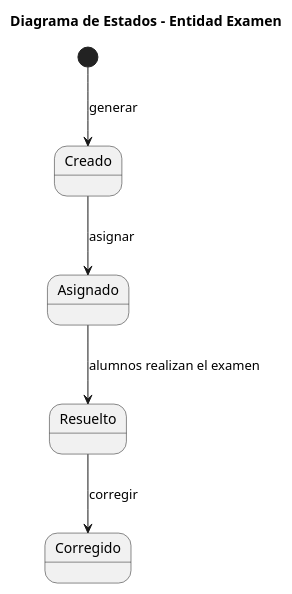
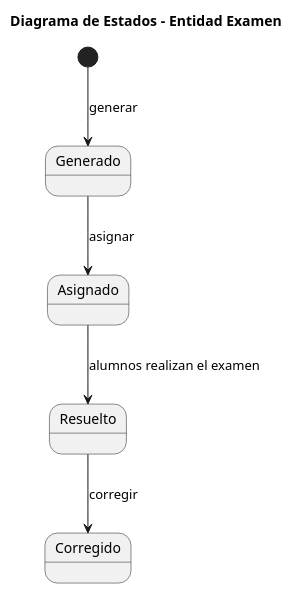
Before and after one commit to martinlopez7/25-26-IdSw1-SdR: the diagram in documents/modelos/diagramas/diagramaEstados/diagramaEstadosExamen/diagramaEstadosExamen.puml, drawn with PlantUML. The commit also changed 13 other files, not shown here.

Commit message:
fix&refactor(cu&mdd): corrige explicaciones, casos de uso, diagrama de estados de examen y añade definiciones al glosario

```diff
--- a/documents/modelos/diagramas/diagramaEstados/diagramaEstadosExamen/diagramaEstadosExamen.puml
+++ b/documents/modelos/diagramas/diagramaEstados/diagramaEstadosExamen/diagramaEstadosExamen.puml
@@ -1,9 +1,9 @@
 @startuml
 title Diagrama de Estados - Entidad Examen
 
- [*] --> Creado : generar
- Creado --> Asignado : asignar
+ [*] --> Generado : generar
+ Generado --> Asignado : asignar
  Asignado --> Resuelto : alumnos realizan el examen
  Resuelto --> Corregido : corregir
 
 @enduml
```
